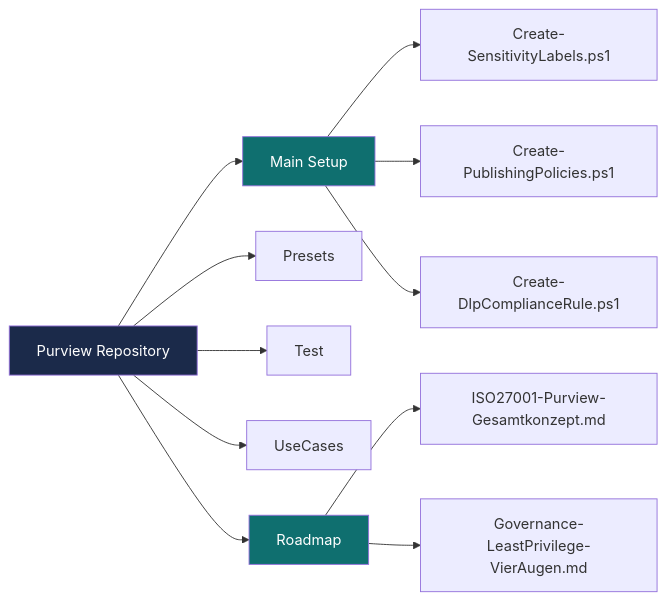
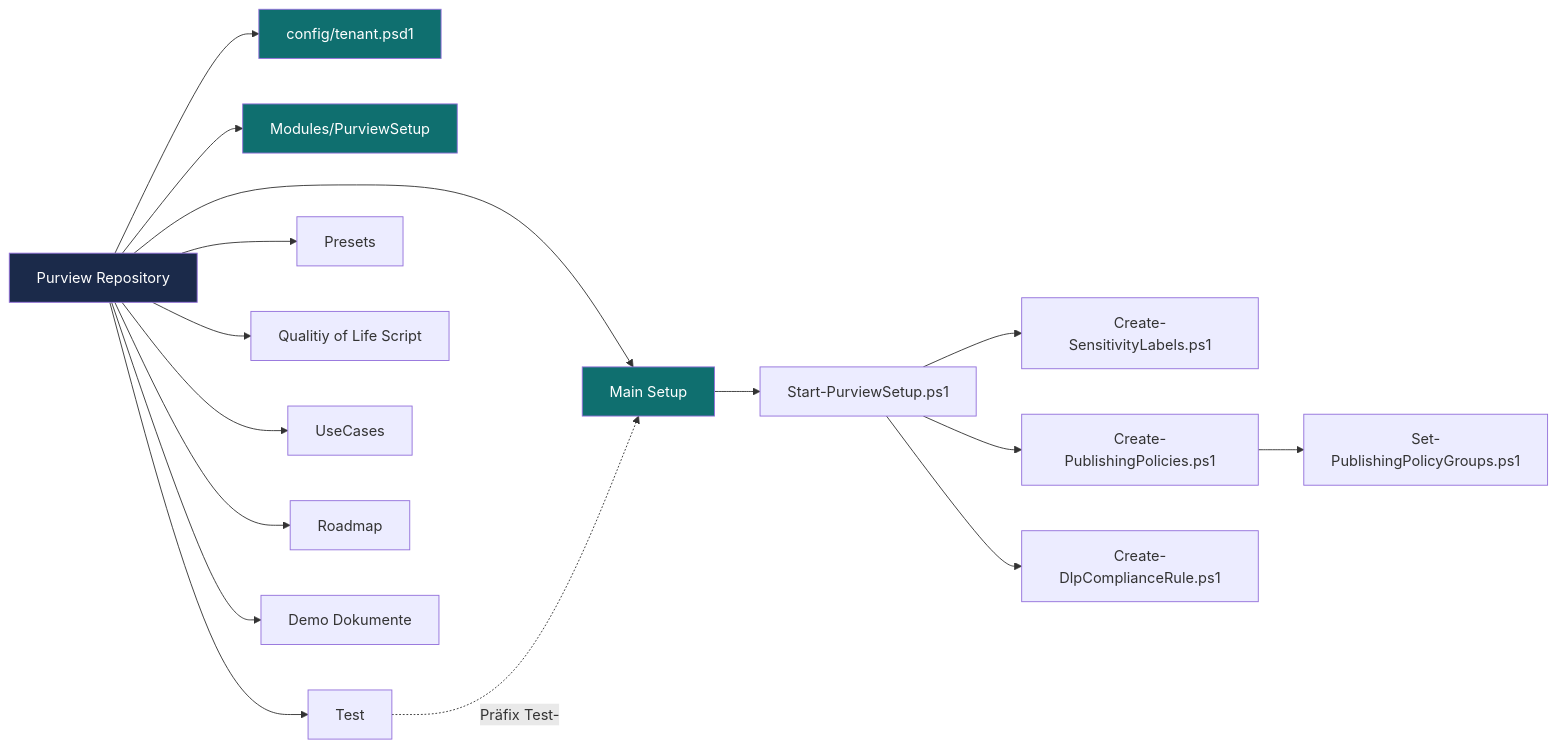
The first of 10 diagrams in Roadmap/Visualisierungen.md (WeissiEfficiency/Purview), drawn with Mermaid before and after one commit. The commit also changed other lines of this file and 22 other files, not shown here.

````diff
--- a/Roadmap/Visualisierungen.md
+++ b/Roadmap/Visualisierungen.md
@@ -7,19 +12,24 @@
 ```mermaid
 flowchart LR
-    Root["Purview Repository"] --> MS["Main Setup"]
+    Root["Purview Repository"] --> CFG["config/tenant.psd1"]
+    Root --> MOD["Modules/PurviewSetup"]
+    Root --> MS["Main Setup"]
+    Root --> TS["Test"]
     Root --> PS["Presets"]
-    Root --> TS["Test"]
+    Root --> QL["Qualitiy of Life Script"]
     Root --> UC["UseCases"]
     Root --> RM["Roadmap"]
+    Root --> DD["Demo Dokumente"]
 
-    MS --> MS1["Create-SensitivityLabels.ps1"]
-    MS --> MS2["Create-PublishingPolicies.ps1"]
-    MS --> MS3["Create-DlpComplianceRule.ps1"]
-
-    RM --> RM3["ISO27001-Purview-Gesamtkonzept.md"]
-    RM --> RM4["Governance-LeastPrivilege-VierAugen.md"]
+    MS --> MS0["Start-PurviewSetup.ps1"]
+    MS0 --> MS1["Create-SensitivityLabels.ps1"]
+    MS0 --> MS2["Create-PublishingPolicies.ps1"]
+    MS2 --> MS2a["Set-PublishingPolicyGroups.ps1"]
+    MS0 --> MS3["Create-DlpComplianceRule.ps1"]
+    TS -. "Präfix Test-" .-> MS
 
     style Root fill:#1b2a4a,color:#fff
     style MS fill:#0f6f6f,color:#fff
-    style RM fill:#0f6f6f,color:#fff
+    style CFG fill:#0f6f6f,color:#fff
+    style MOD fill:#0f6f6f,color:#fff
 ```
````
